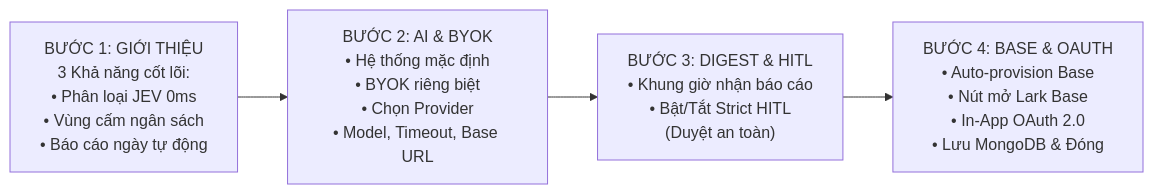
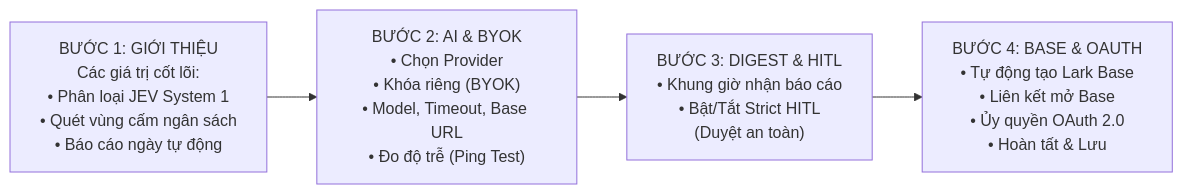
Before and after one commit to tetsde/LarkAssistant: the first of 2 diagrams in server/docs/onboarding/README.md, drawn with Mermaid. The commit also changed other lines of this file and 20 other files, not shown here.

Commit message:
docs: update architecture documentation and diagrams

````diff
--- a/server/docs/onboarding/README.md
+++ b/server/docs/onboarding/README.md
@@ -23,6 +28,6 @@
 ```mermaid
 flowchart LR
-    S1["BƯỚC 1: GIỚI THIỆU<br/>3 Khả năng cốt lõi:<br/>• Phân loại JEV 0ms<br/>• Vùng cấm ngân sách<br/>• Báo cáo ngày tự động"] --> S2["BƯỚC 2: AI & BYOK<br/>• Hệ thống mặc định<br/>• BYOK riêng biệt<br/>• Chọn Provider<br/>• Model, Timeout, Base URL"]
+    S1["BƯỚC 1: GIỚI THIỆU<br/>Các giá trị cốt lõi:<br/>• Phân loại JEV System 1<br/>• Quét vùng cấm ngân sách<br/>• Báo cáo ngày tự động"] --> S2["BƯỚC 2: AI & BYOK<br/>• Chọn Provider<br/>• Khóa riêng (BYOK)<br/>• Model, Timeout, Base URL<br/>• Đo độ trễ (Ping Test)"]
     S2 --> S3["BƯỚC 3: DIGEST & HITL<br/>• Khung giờ nhận báo cáo<br/>• Bật/Tắt Strict HITL<br/>(Duyệt an toàn)"]
-    S3 --> S4["BƯỚC 4: BASE & OAUTH<br/>• Auto-provision Base<br/>• Nút mở Lark Base<br/>• In-App OAuth 2.0<br/>• Lưu MongoDB & Đóng"]
+    S3 --> S4["BƯỚC 4: BASE & OAUTH<br/>• Tự động tạo Lark Base<br/>• Liên kết mở Base<br/>• Ủy quyền OAuth 2.0<br/>• Hoàn tất & Lưu"]
 ```
````
